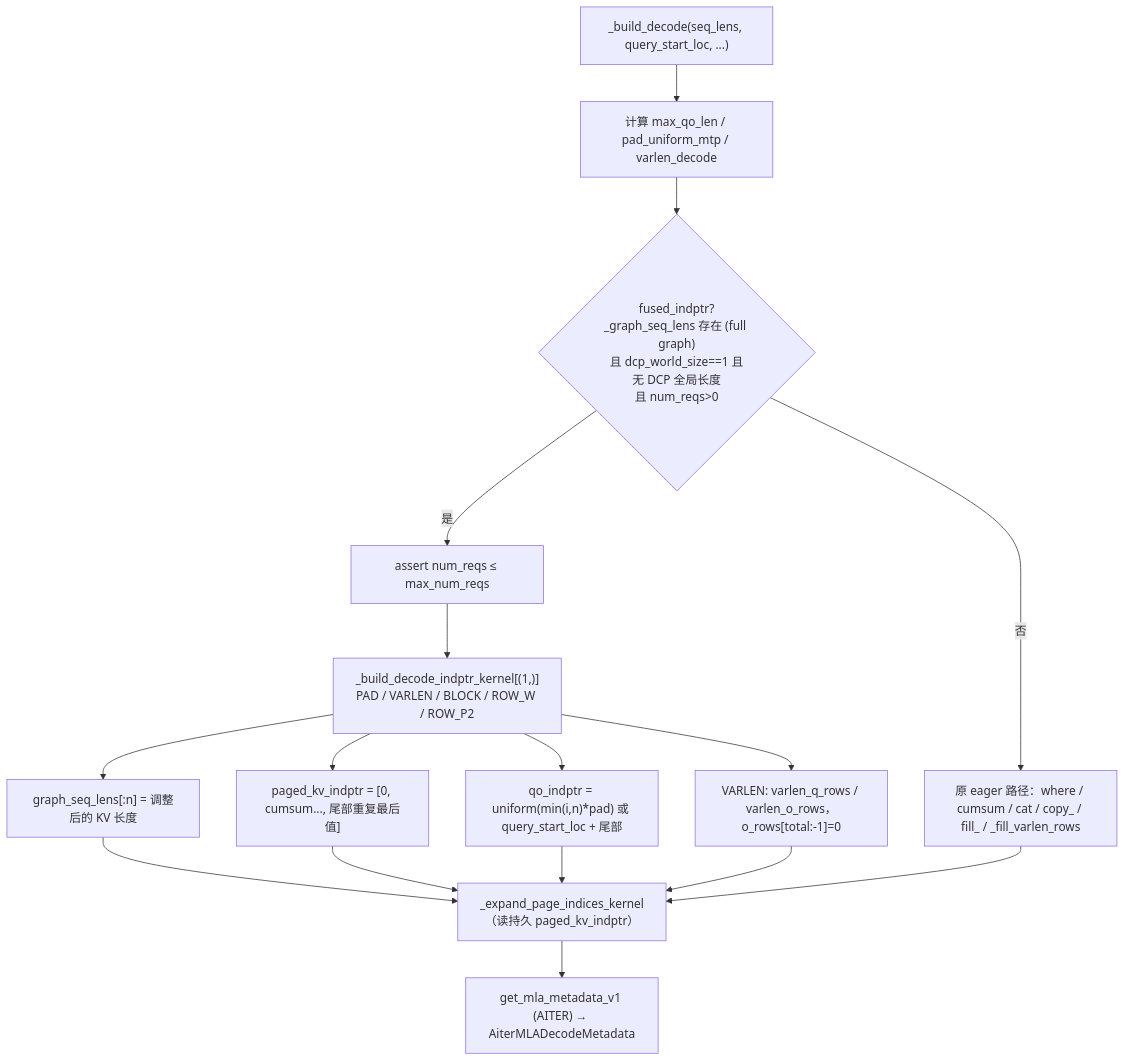
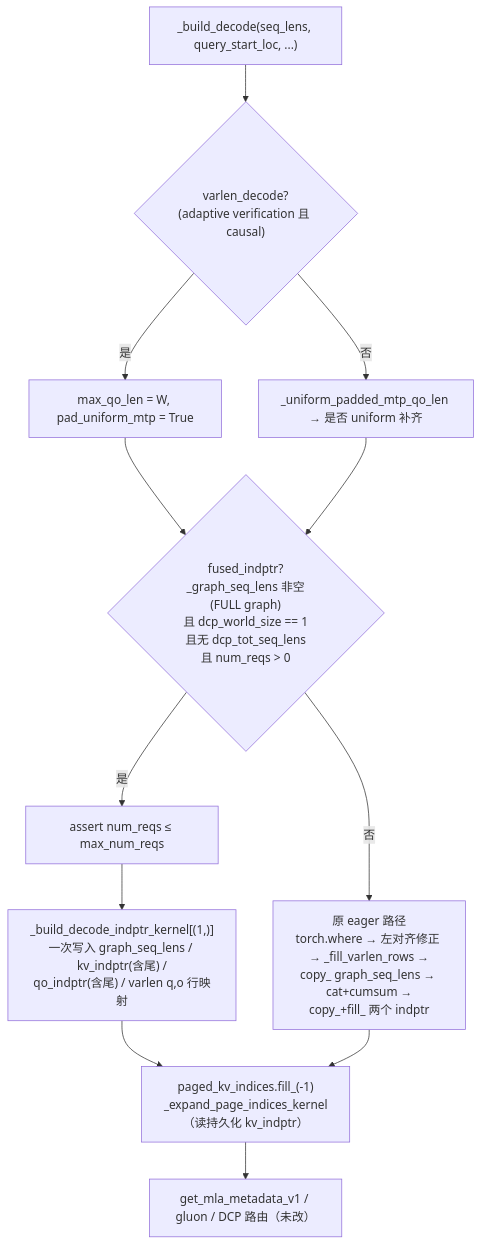
Before and after one commit to shen-shanshan/vllm-dev-skills: the first of 2 diagrams in skills/vllm-rocm-pr-review/outputs/pr-65132-review.md, drawn with Mermaid. The commit also changed other lines of this file and 7 other files, not shown here.

````diff
--- a/skills/vllm-rocm-pr-review/outputs/pr-65132-review.md
+++ b/skills/vllm-rocm-pr-review/outputs/pr-65132-review.md
@@ -41,15 +42,14 @@
 ```mermaid
 flowchart TD
-    A["_build_decode(seq_lens, query_start_loc, ...)"] --> B["计算 max_qo_len / pad_uniform_mtp / varlen_decode"]
-    B --> C{"fused_indptr?<br/>_graph_seq_lens 存在 (full graph)<br/>且 dcp_world_size==1 且无 DCP 全局长度<br/>且 num_reqs>0"}
-    C -- 是 --> D["assert num_reqs ≤ max_num_reqs"]
-    D --> E["_build_decode_indptr_kernel[(1,)]<br/>PAD / VARLEN / BLOCK / ROW_W / ROW_P2"]
-    E --> E1["graph_seq_lens[:n] = 调整后的 KV 长度"]
-    E --> E2["paged_kv_indptr = [0, cumsum..., 尾部重复最后值]"]
-    E --> E3["qo_indptr = uniform(min(i,n)*pad) 或 query_start_loc + 尾部"]
-    E --> E4["VARLEN: varlen_q_rows / varlen_o_rows，o_rows[total:-1]=0"]
-    C -- 否 --> F["原 eager 路径：where / cumsum / cat / copy_ / fill_ / _fill_varlen_rows"]
-    E1 & E2 & E3 & E4 --> G["_expand_page_indices_kernel（读持久 paged_kv_indptr）"]
-    F --> G
-    G --> H["get_mla_metadata_v1 (AITER) → AiterMLADecodeMetadata"]
+    A["_build_decode(seq_lens, query_start_loc, ...)"] --> B{"varlen_decode?<br/>(adaptive verification 且 causal)"}
+    B -->|是| C["max_qo_len = W, pad_uniform_mtp = True"]
+    B -->|否| D["_uniform_padded_mtp_qo_len → 是否 uniform 补齐"]
+    C --> E{"fused_indptr?<br/>_graph_seq_lens 非空(FULL graph)<br/>且 dcp_world_size == 1<br/>且无 dcp_tot_seq_lens<br/>且 num_reqs > 0"}
+    D --> E
+    E -->|是| F["assert num_reqs ≤ max_num_reqs"]
+    F --> G["_build_decode_indptr_kernel[(1,)]<br/>一次写入 graph_seq_lens / kv_indptr(含尾) /<br/>qo_indptr(含尾) / varlen q,o 行映射"]
+    E -->|否| H["原 eager 路径<br/>torch.where → 左对齐修正 → _fill_varlen_rows →<br/>copy_ graph_seq_lens → cat+cumsum →<br/>copy_+fill_ 两个 indptr"]
+    G --> I["paged_kv_indices.fill_(-1)<br/>_expand_page_indices_kernel（读持久化 kv_indptr）"]
+    H --> I
+    I --> J["get_mla_metadata_v1 / gluon / DCP 路由（未改）"]
 ```
````
